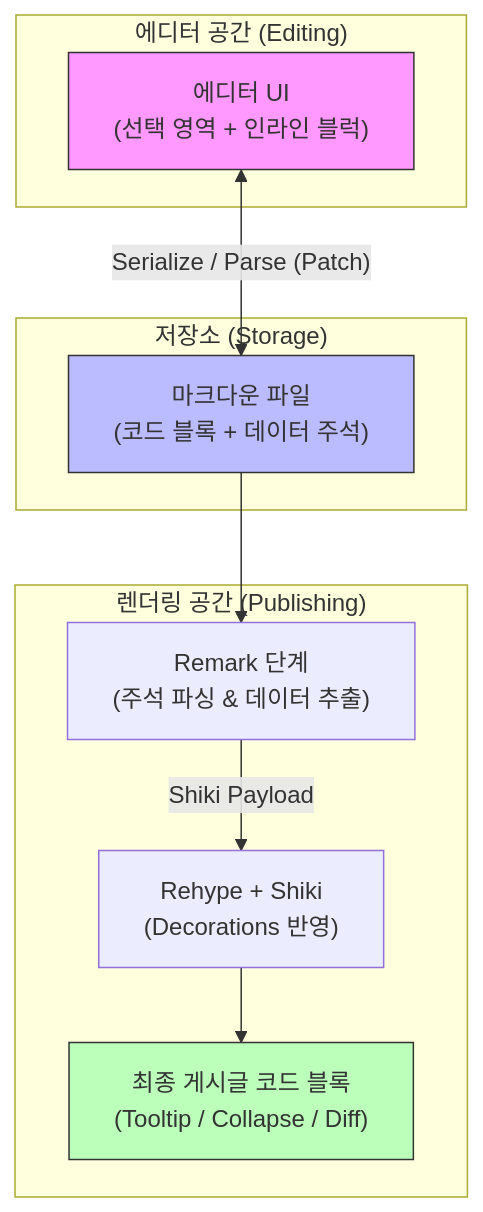
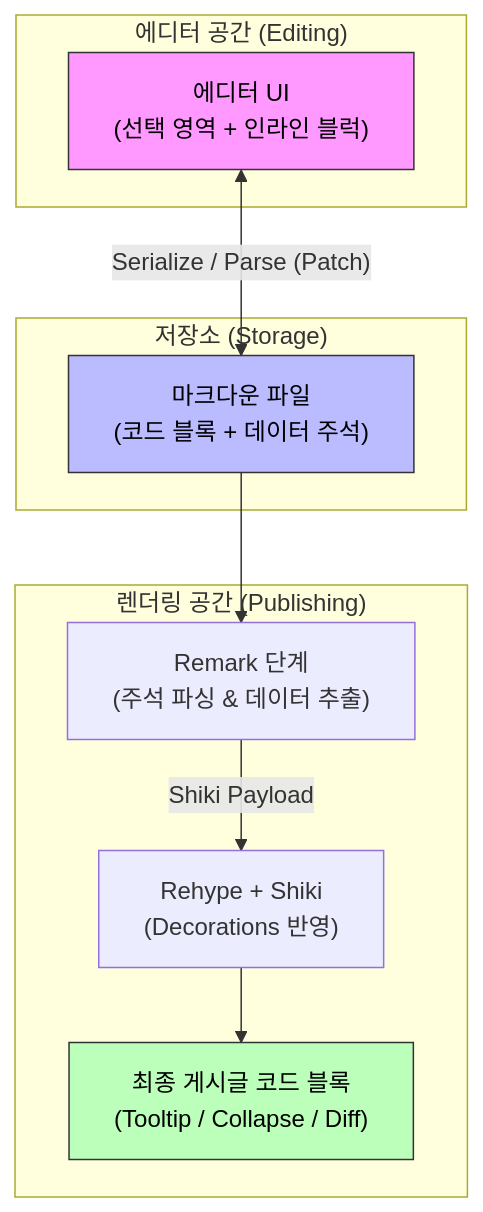
One commit to bh2980/bh2980_blog changed the third of 3 diagrams in src/contents/posts/코드-블럭에-툴팁을-띄우고-싶었을-뿐인데.mdx. Above: the diagram before and after it, drawn with Mermaid. The commit also changed other lines of this file and 1 other file, not shown here.

Commit message:
Docs/mermaid dark (#115)

````diff
--- a/src/contents/posts/코드-블럭에-툴팁을-띄우고-싶었을-뿐인데.mdx
+++ b/src/contents/posts/코드-블럭에-툴팁을-띄우고-싶었을-뿐인데.mdx
@@ -291,27 +290,27 @@
 ```mermaid
 flowchart TD
     subgraph Editor_Space ["에디터 공간 (Editing)"]
         A["에디터 UI<br/>(선택 영역 + 인라인 블럭)"]
     end
 
     subgraph Storage_Space ["저장소 (Storage)"]
         B["마크다운 파일<br/>(코드 블록 + 데이터 주석)"]
     end
 
     subgraph Rendering_Space ["렌더링 공간 (Publishing)"]
         C["Remark 단계<br/>(주석 파싱 & 데이터 추출)"]
         D["Rehype + Shiki<br/>(Decorations 반영)"]
         E["최종 게시글 코드 블록<br/>(Tooltip / Collapse / Diff)"]
     end
 
     %% 에디터 ↔ 파일 왕복 (Round-trip)
     A <-->|"Serialize / Parse (Patch)"| B
     %% 파일 → 게시글 렌더링 (One-way)
     B --> C
     C -->|"Shiki Payload"| D
     D --> E
 
-    style A fill:#f9f,stroke:#333
-    style B fill:#bbf,stroke:#333
-    style E fill:#bfb,stroke:#333
+    style A fill:#f9f,stroke:#333,color:#000
+    style B fill:#bbf,stroke:#333,color:#000
+    style E fill:#bfb,stroke:#333,color:#000
 ```
````
